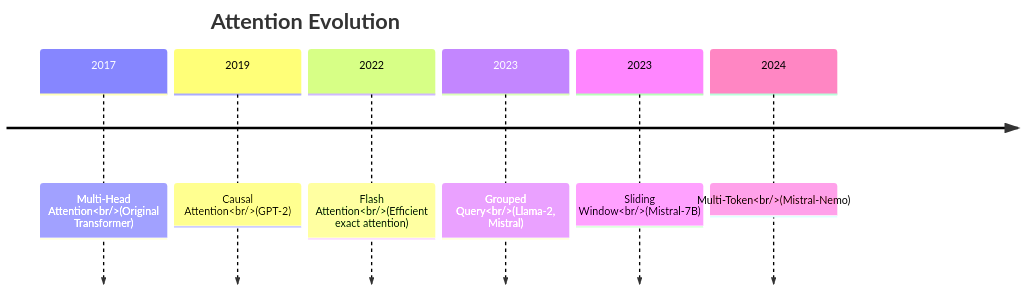
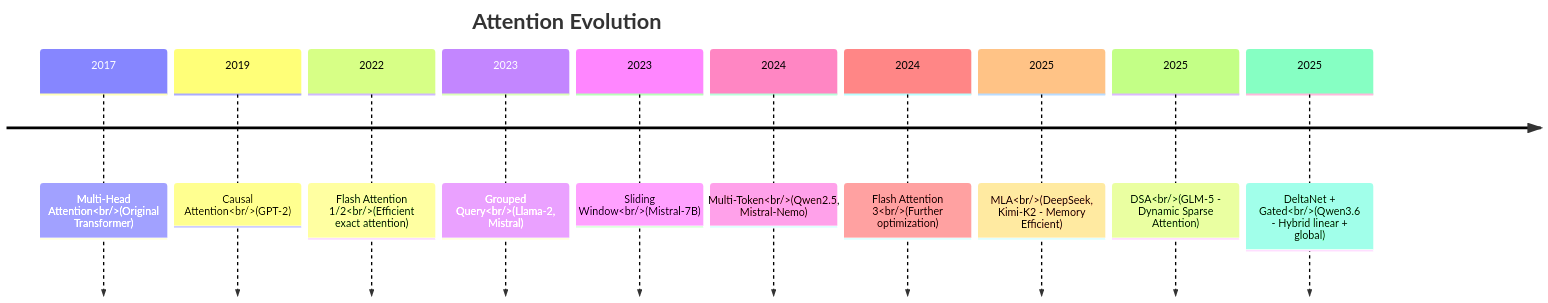
The seventh of 8 diagrams in content/00-neural-networks-basics/01-llm-architectures.md (Parv17k/llm-fine-tuning-guide), drawn with Mermaid before and after one commit. The commit also changed other lines of this file and 11 other files, not shown here.

Commit message:
Update LLM architecture and fine-tuning documentation - enhance model examples, clarify workflows, and refine parameter details

````diff
--- a/content/00-neural-networks-basics/01-llm-architectures.md
+++ b/content/00-neural-networks-basics/01-llm-architectures.md
@@ -340,10 +618,14 @@
 ```mermaid
 timeline
     title Attention Evolution
     2017 : Multi-Head Attention<br/>(Original Transformer)
     2019 : Causal Attention<br/>(GPT-2)
-    2022 : Flash Attention<br/>(Efficient exact attention)
+    2022 : Flash Attention 1/2<br/>(Efficient exact attention)
     2023 : Grouped Query<br/>(Llama-2, Mistral)
     2023 : Sliding Window<br/>(Mistral-7B)
-    2024 : Multi-Token<br/>(Mistral-Nemo)
+    2024 : Multi-Token<br/>(Qwen2.5, Mistral-Nemo)
+    2024 : Flash Attention 3<br/>(Further optimization)
+    2025 : MLA<br/>(DeepSeek, Kimi-K2 - Memory Efficient)
+    2025 : DSA<br/>(GLM-5 - Dynamic Sparse Attention)
+    2025 : DeltaNet + Gated<br/>(Qwen3.6 - Hybrid linear + global)
 ```
````
